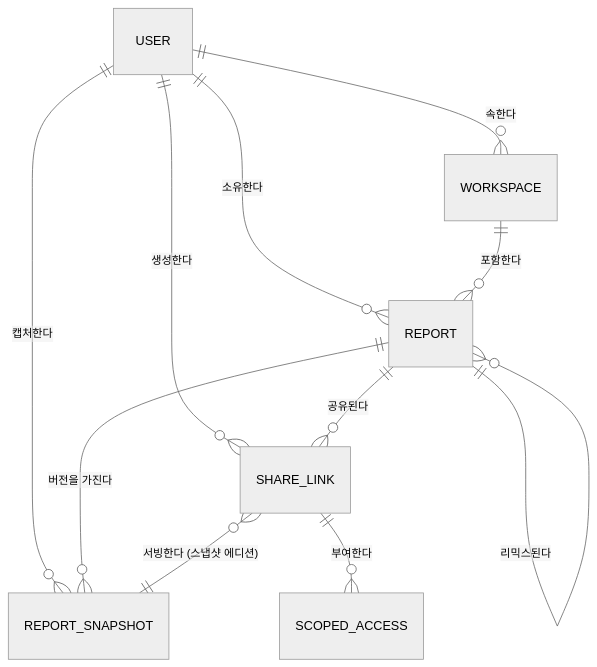
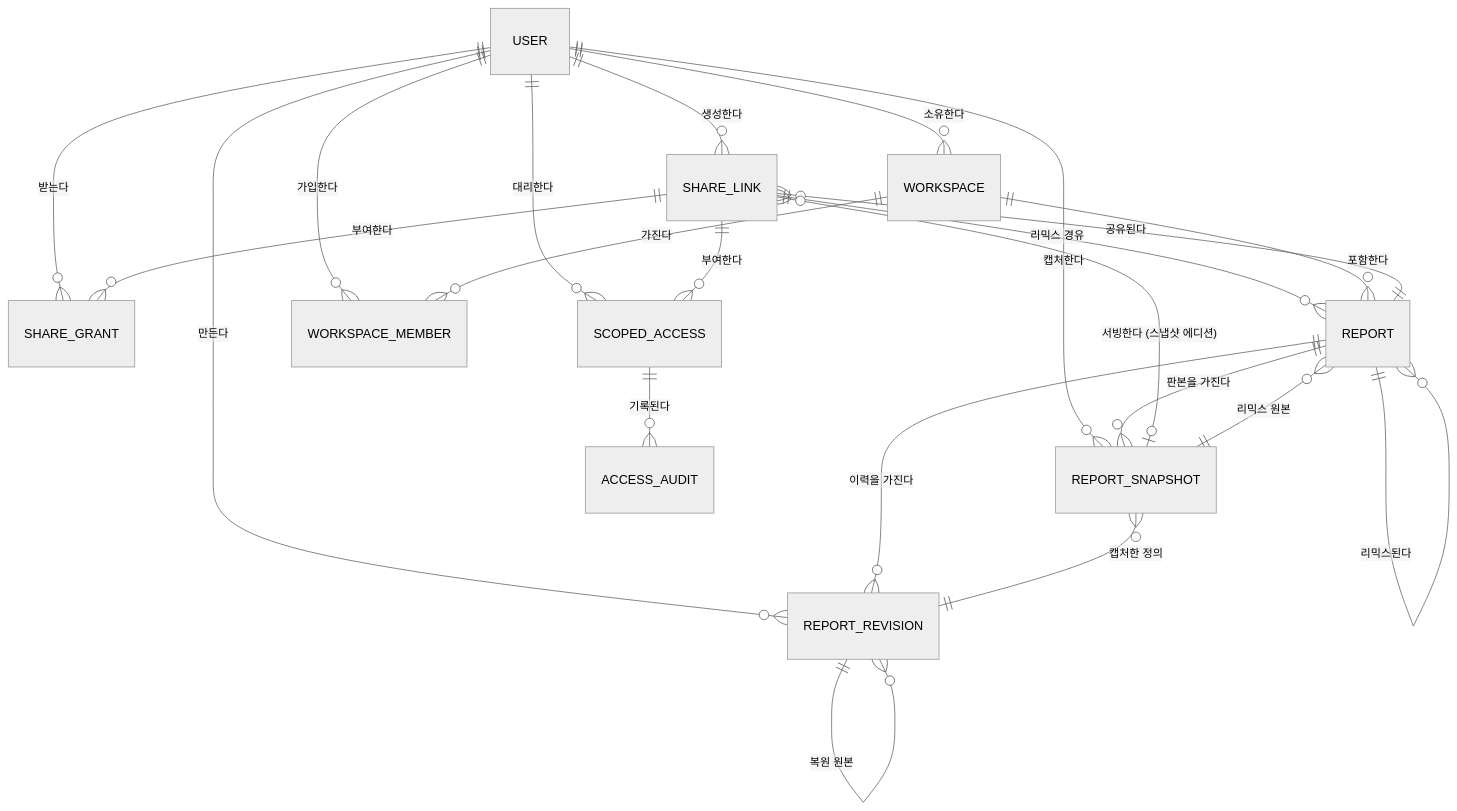
One commit to vanillabrain/vanillameta changed the diagram in docs/entity_model.md. Above: the diagram before and after it, drawn with Mermaid (neutral theme). The commit also changed other lines of this file and 15 other files, not shown here.

````diff
--- a/docs/entity_model.md
+++ b/docs/entity_model.md
@@ -12,13 +12,24 @@
 ```mermaid
 erDiagram
-    USER ||--o{ REPORT : "소유한다"
     USER ||--o{ SHARE_LINK : "생성한다"
     USER ||--o{ REPORT_SNAPSHOT : "캡처한다"
+    USER ||--o{ REPORT_REVISION : "만든다"
+    USER ||--o{ SHARE_GRANT : "받는다"
+    USER ||--o{ SCOPED_ACCESS : "대리한다"
+    USER ||--o{ WORKSPACE : "소유한다"
+    USER ||--o{ WORKSPACE_MEMBER : "가입한다"
     REPORT ||--o{ SHARE_LINK : "공유된다"
-    REPORT ||--o{ REPORT_SNAPSHOT : "버전을 가진다"
+    REPORT ||--o{ REPORT_REVISION : "이력을 가진다"
+    REPORT ||--o{ REPORT_SNAPSHOT : "판본을 가진다"
     REPORT ||--o{ REPORT : "리믹스된다"
-    SHARE_LINK }o--|| REPORT_SNAPSHOT : "서빙한다 (스냅샷 에디션)"
+    REPORT_SNAPSHOT ||--o{ REPORT : "리믹스 원본"
+    SHARE_LINK ||--o{ REPORT : "리믹스 경유"
+    REPORT_REVISION ||--o{ REPORT_REVISION : "복원 원본"
+    REPORT_SNAPSHOT }o--|| REPORT_REVISION : "캡처한 정의"
+    SHARE_LINK }o--o| REPORT_SNAPSHOT : "서빙한다 (스냅샷 에디션)"
+    SHARE_LINK ||--o{ SHARE_GRANT : "부여한다"
     SHARE_LINK ||--o{ SCOPED_ACCESS : "부여한다"
+    SCOPED_ACCESS ||--o{ ACCESS_AUDIT : "기록된다"
     WORKSPACE ||--o{ REPORT : "포함한다"
-    USER ||--o{ WORKSPACE : "속한다"
+    WORKSPACE ||--o{ WORKSPACE_MEMBER : "가진다"
 ```
````
